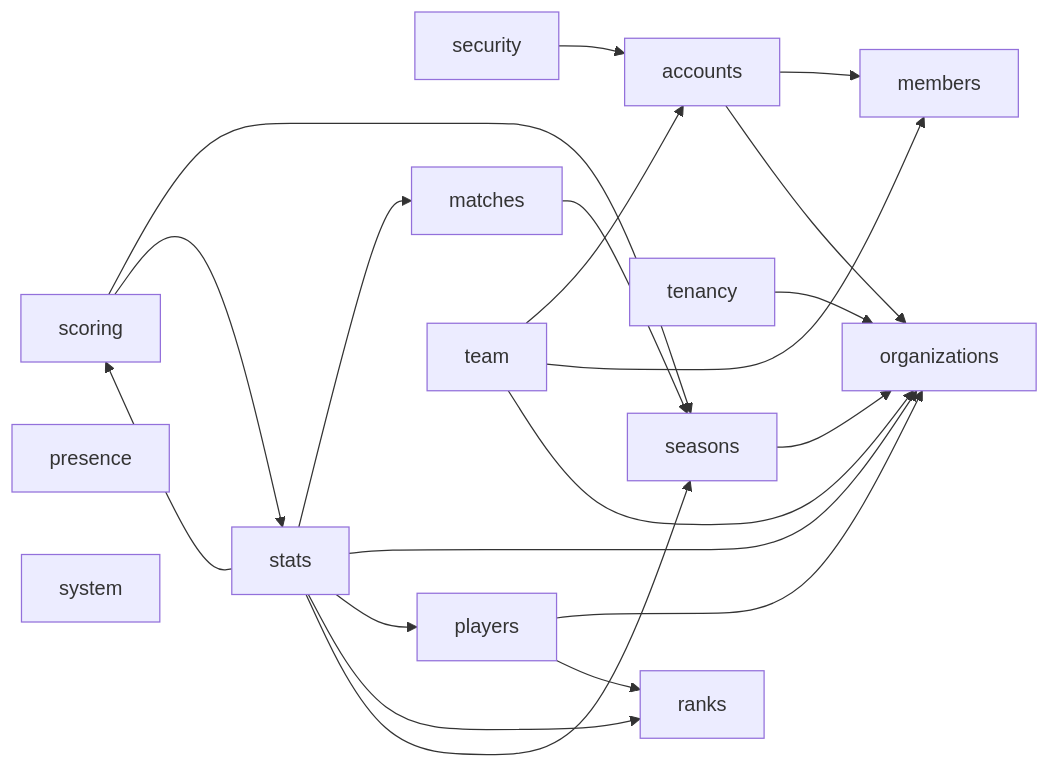
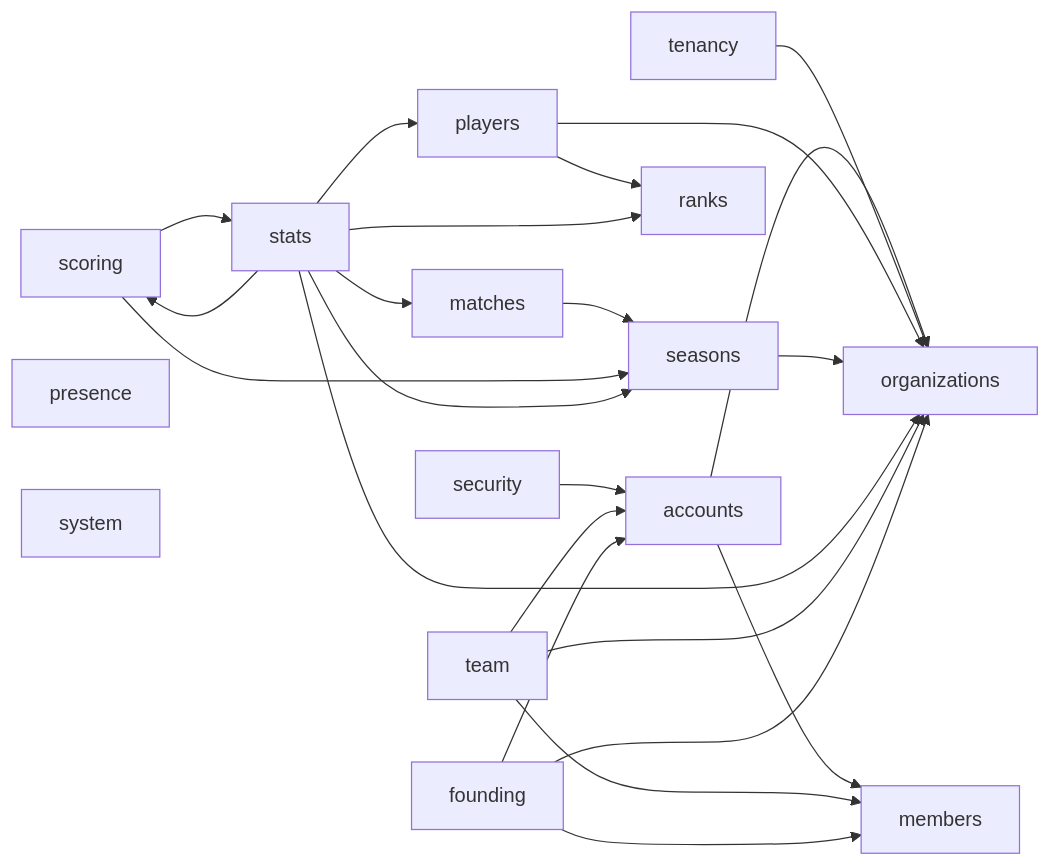
Before and after one commit to irmahs-labs/tournament-leaderboard: the third of 7 diagrams in docs/context-graph.md, drawn with Mermaid. The commit also changed other lines of this file and 20 other files, not shown here.

````diff
--- a/docs/context-graph.md
+++ b/docs/context-graph.md
@@ -42,24 +42,27 @@
 ```mermaid
 flowchart LR
     security --> accounts
     accounts --> members
     accounts --> organizations
     tenancy --> organizations
     players --> organizations
     players --> ranks
     seasons --> organizations
     matches --> seasons
     scoring --> seasons
     scoring --> stats
     stats --> matches
     stats --> organizations
     stats --> players
     stats --> ranks
     stats --> scoring
     stats --> seasons
     team --> accounts
     team --> members
     team --> organizations
+    founding --> accounts
+    founding --> members
+    founding --> organizations
     presence
     system
 ```
````
